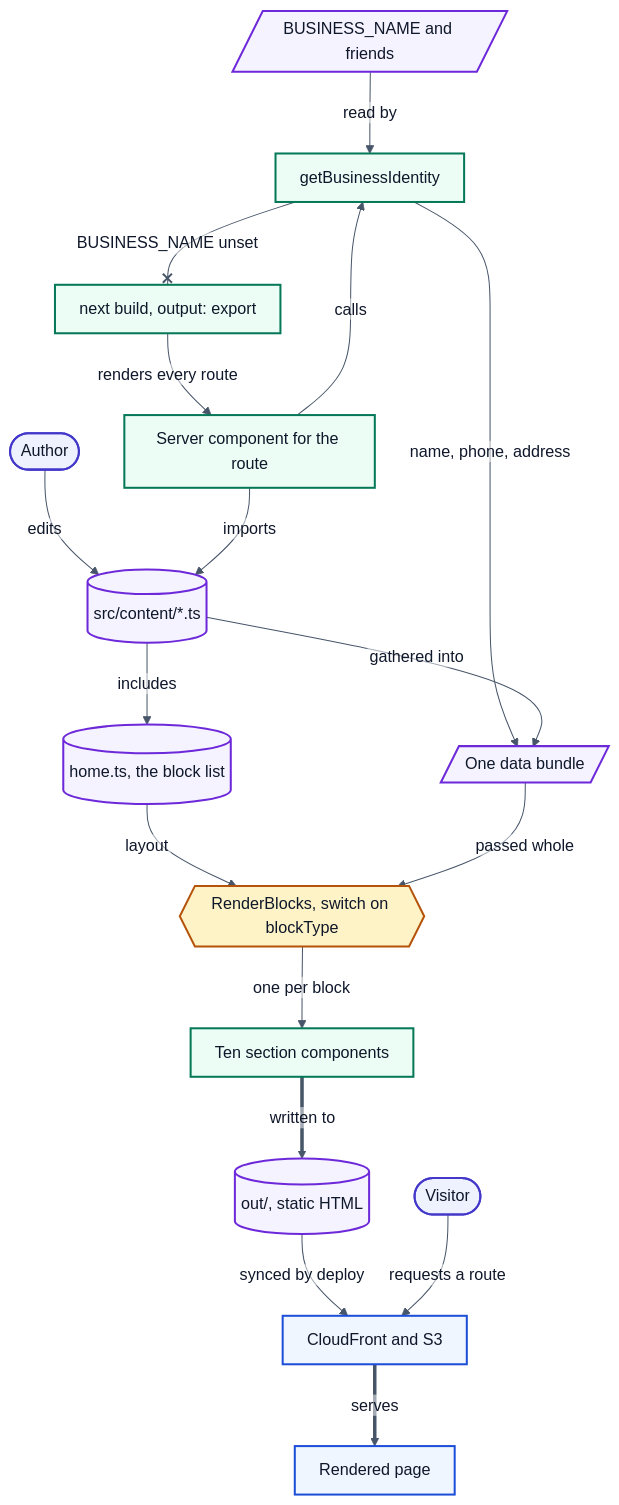
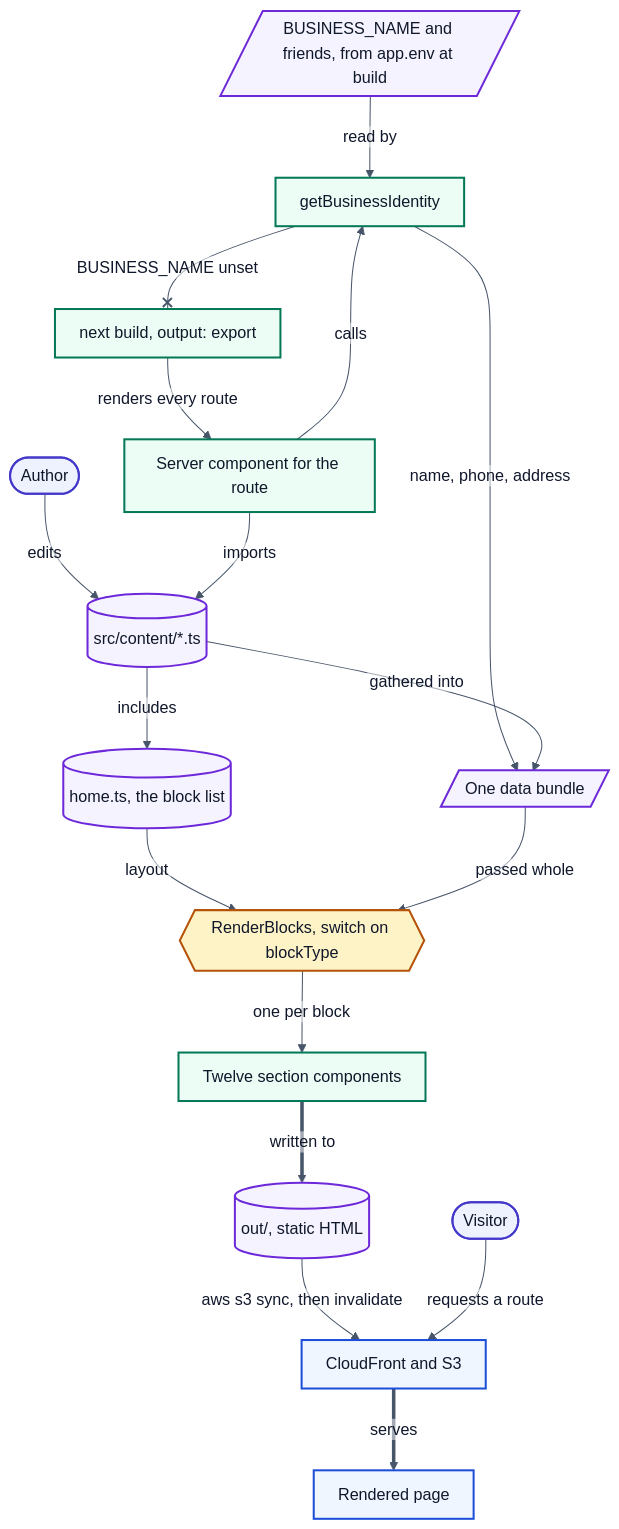
The diagram in docs/diagrams/D2-render-path.mmd (marc-mccarthy/legacy-benefits-mn), drawn with Mermaid before and after one commit. The commit also changed 10 other files, not shown here.

Commit message:
docs: redraw diagrams against the current infra and code

```diff
--- a/docs/diagrams/D2-render-path.mmd
+++ b/docs/diagrams/D2-render-path.mmd
@@ -1,60 +1,62 @@
 %%{init: {"theme":"base","themeVariables":{"fontFamily":"Helvetica Neue, Helvetica, Arial, sans-serif","fontSize":"16px","textColor":"#0F172A","background":"#FFFFFF","lineColor":"#475569","mainBkg":"#EFF6FF","nodeBorder":"#1D4ED8","primaryColor":"#EFF6FF","primaryBorderColor":"#1D4ED8","primaryTextColor":"#0F172A","secondaryColor":"#F1F5F9","secondaryBorderColor":"#475569","secondaryTextColor":"#0F172A","tertiaryColor":"#F8FAFC","tertiaryBorderColor":"#CBD5E1","tertiaryTextColor":"#0F172A","clusterBkg":"#F8FAFC","clusterBorder":"#CBD5E1","edgeLabelBackground":"#FFFFFF","actorBkg":"#EEF2FF","actorBorder":"#4338CA","actorTextColor":"#0F172A","signalColor":"#475569","signalTextColor":"#0F172A","noteBkgColor":"#FEF3C7","noteBorderColor":"#B45309","noteTextColor":"#0F172A","activationBkgColor":"#ECFDF5","activationBorderColor":"#047857","labelBoxBkgColor":"#FEF3C7","labelBoxBorderColor":"#B45309","sequenceNumberColor":"#FFFFFF"},"flowchart":{"htmlLabels":false,"curve":"basis","nodeSpacing":45,"rankSpacing":60,"padding":12},"sequence":{"useMaxWidth":false,"htmlLabels":false,"mirrorActors":false,"wrap":true,"width":190}}}%%
 flowchart TB
 accTitle: How an authored content module becomes a rendered page
 accDescr {
   A top-to-bottom map of one page render. Content is authored as TypeScript
   modules under src/content. At build time the route's server component imports
   the modules it needs, resolves the business identity from the environment, and
-  gathers the collections into a single data bundle. The home page's block list
-  comes from home.ts. The renderer switches on each block's type and returns the
-  matching section component; ten block types are defined and all ten are
-  handled. Because next.config sets output export, every route is rendered once
-  during the build into out/ and deployed as static files — no request reaches a
+  gathers the collections into a single data bundle. The environment at build time
+  comes from app.env through op run. The home page's block list comes from home.ts.
+  The renderer switches on each block's type and returns the matching section
+  component; twelve block types are handled and the home page uses eleven of them.
+  An unknown type renders nothing. Because next.config sets output export, every
+  route is rendered once during the build into out/ and the deploy workflow syncs
+  it to S3, where CloudFront serves it as static files. No request reaches a
   database, and there is no runtime content fetch to cache.
 }
 
 author([Author])
 contentModules[("src/content/*.ts")]
 homeBlocks[("home.ts, the block list")]
-env[/"BUSINESS_NAME and friends"/]
+env[/"BUSINESS_NAME and friends, from app.env at build"/]
 build["next build, output: export"]
 route["Server component for the route"]
 identity["getBusinessIdentity"]
 blockData[/"One data bundle"/]
 renderBlocks{{"RenderBlocks, switch on blockType"}}
-sections["Ten section components"]
+sections["Twelve section components"]
 out[("out/, static HTML")]
 visitor([Visitor])
 cdn["CloudFront and S3"]
 html[Rendered page]
 
 author -->|edits| contentModules
 contentModules -->|includes| homeBlocks
 build -->|renders every route| route
 route -->|imports| contentModules
 route -->|calls| identity
 env -->|read by| identity
 identity -->|name, phone, address| blockData
 contentModules -->|gathered into| blockData
 homeBlocks -->|layout| renderBlocks
 blockData -->|passed whole| renderBlocks
 renderBlocks -->|one per block| sections
 sections ==>|written to| out
-out -->|synced by deploy| cdn
+out -->|aws s3 sync, then invalidate| cdn
 visitor -->|requests a route| cdn
 cdn ==>|serves| html
 identity --x|BUSINESS_NAME unset| build
 
 classDef human    fill:#EEF2FF,stroke:#4338CA,stroke-width:2px,color:#0F172A
 classDef client   fill:#EFF6FF,stroke:#1D4ED8,stroke-width:2px,color:#0F172A
 classDef ours     fill:#ECFDF5,stroke:#047857,stroke-width:2px,color:#0F172A
 classDef guard    fill:#FEF3C7,stroke:#B45309,stroke-width:2px,color:#0F172A
 classDef vendor   fill:#F1F5F9,stroke:#475569,stroke-width:2px,color:#0F172A
 classDef phi      fill:#FEE2E2,stroke:#B91C1C,stroke-width:2px,color:#0F172A
 classDef artifact fill:#F5F3FF,stroke:#6D28D9,stroke-width:2px,color:#0F172A
 
 class author,visitor human
 class cdn,html client
 class build,route,identity,sections ours
 class renderBlocks guard
 class contentModules,homeBlocks,env,blockData,out artifact
```
